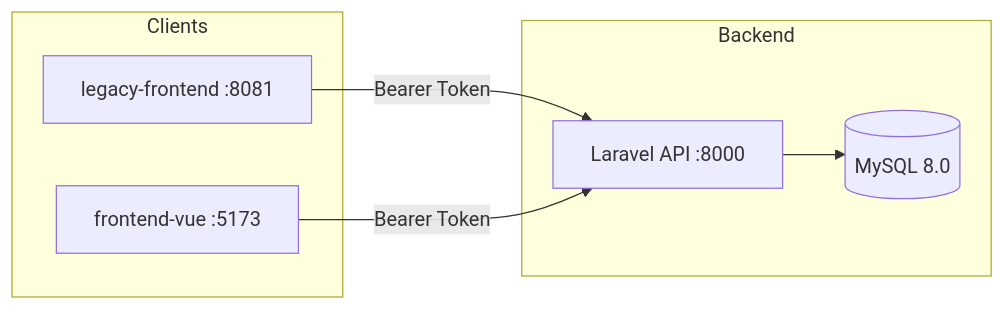
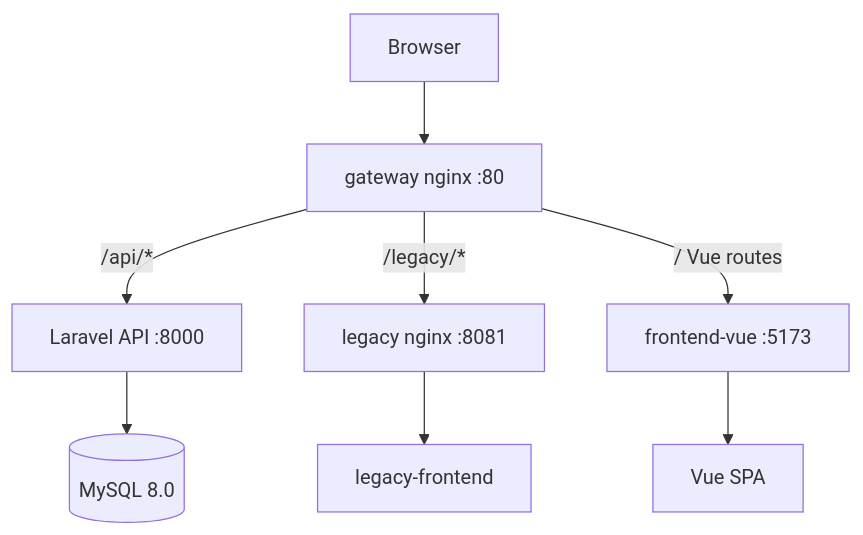
Before and after one commit to tetsushi-k/vue-admin-replace: the first of 2 diagrams in README.md, drawn with Mermaid. The commit also changed other lines of this file, not shown here.

````diff
--- a/README.md
+++ b/README.md
@@ -31,16 +34,12 @@
 ```mermaid
-flowchart LR
-  subgraph clients [Clients]
-    L[legacy-frontend :8081]
-    V[frontend-vue :5173]
-  end
+flowchart TB
+  U[Browser] --> G[gateway nginx :80]
 
-  subgraph backend [Backend]
-    A[Laravel API :8000]
-    D[(MySQL 8.0)]
-  end
+  G -->|"/api/*"| A[Laravel API :8000]
+  G -->|"/legacy/*"| L[legacy nginx :8081]
+  G -->|"/" Vue routes| V[frontend-vue :5173]
 
-  L -->|Bearer Token| A
-  V -->|Bearer Token| A
-  A --> D
+  L --> LF[legacy-frontend]
+  V --> VF[Vue SPA]
+  A --> D[(MySQL 8.0)]
 ```
````
